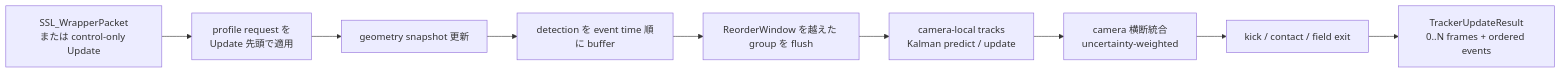
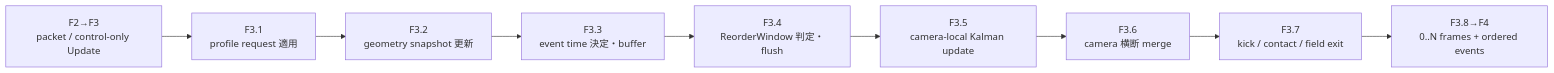
Before and after one commit to ibis-ssl/Duck: the fourth of 11 diagrams in Tracker/Design/Core/tracker-architecture-plan.md, drawn with Mermaid. The commit also changed other lines of this file, not shown here.

Commit message:
docs(tracker): 全体フローと詳細図の対応を明示する

````diff
--- a/Tracker/Design/Core/tracker-architecture-plan.md
+++ b/Tracker/Design/Core/tracker-architecture-plan.md
@@ -161,14 +221,14 @@
 ```mermaid
 flowchart LR
-    Input["SSL_WrapperPacket<br/>または control-only Update"]
-    Request["profile request を<br/>Update 先頭で適用"]
-    Geometry["geometry snapshot 更新"]
-    Buffer["detection を event time 順に buffer"]
-    Flush["ReorderWindow を越えた group を flush"]
-    Local["camera-local tracks<br/>Kalman predict / update"]
-    Merge["camera 横断統合<br/>uncertainty-weighted"]
-    Domain["kick / contact / field exit"]
-    Result["TrackerUpdateResult<br/>0..N frames + ordered events"]
+    Input["F2→F3<br/>packet / control-only Update"]
+    Request["F3.1<br/>profile request 適用"]
+    Geometry["F3.2<br/>geometry snapshot 更新"]
+    Buffer["F3.3<br/>event time 決定・buffer"]
+    Flush["F3.4<br/>ReorderWindow 判定・flush"]
+    Local["F3.5<br/>camera-local Kalman update"]
+    Merge["F3.6<br/>camera 横断 merge"]
+    Domain["F3.7<br/>kick / contact / field exit"]
+    Result["F3.8→F4<br/>0..N frames + ordered events"]
 
     Input --> Request --> Geometry --> Buffer --> Flush --> Local --> Merge --> Domain --> Result
 ```
````
